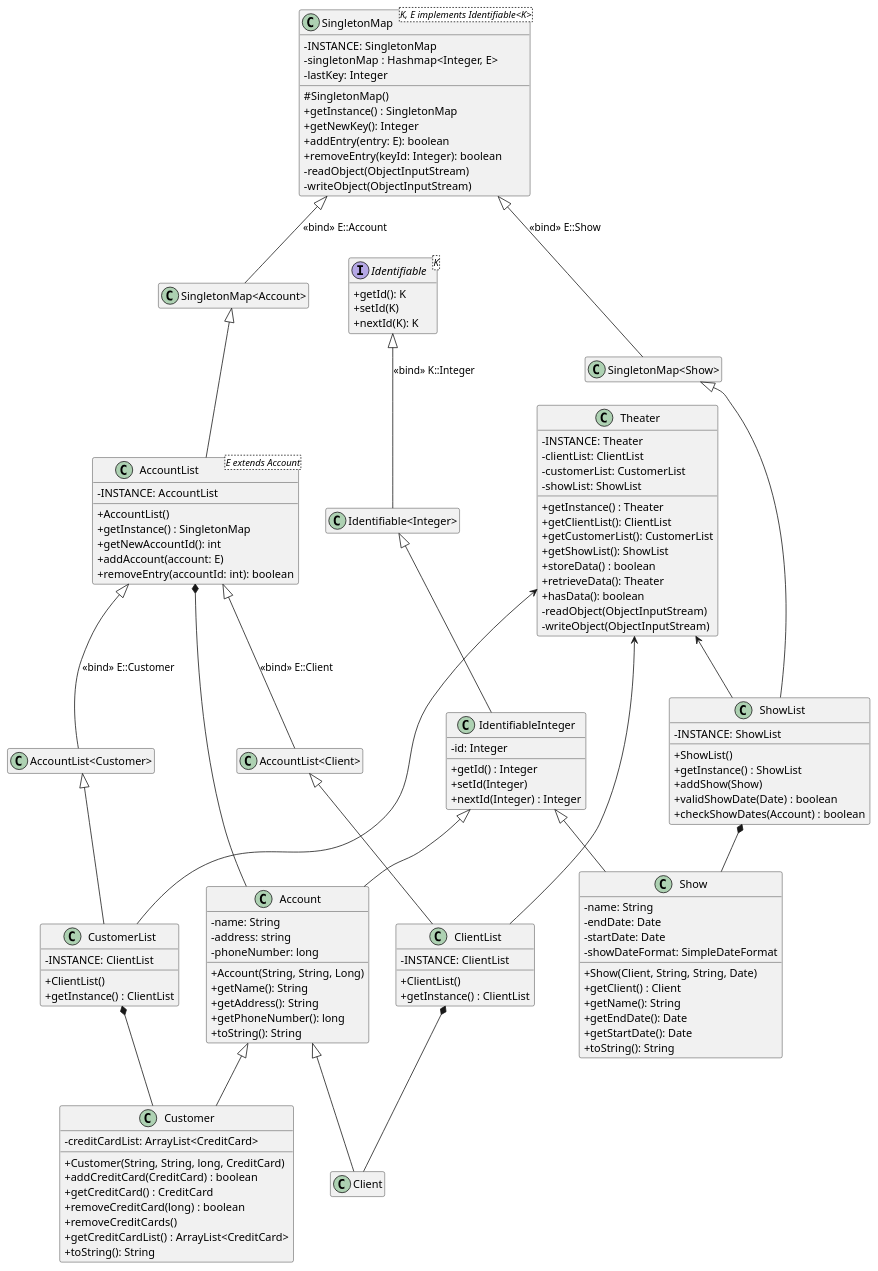
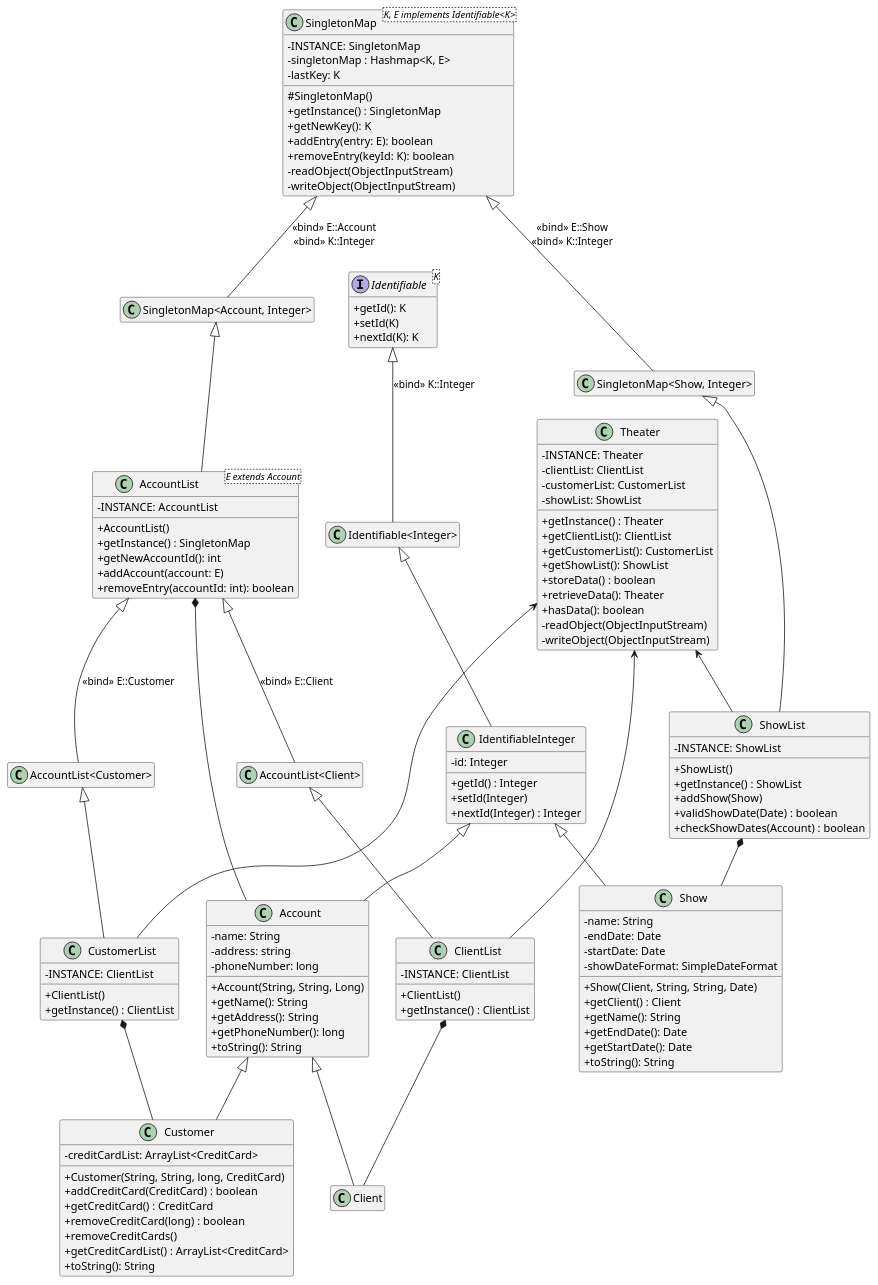
One commit to FreezeWarp/372Groupwork changed the diagram in src/UML.pu. Above: the diagram before and after it, drawn with PlantUML. The commit also changed 1 other file, not shown here.

Commit message:
UML Diagram with Correct(?) Type Narrowing

```diff
--- a/src/UML.pu
+++ b/src/UML.pu
@@ -1,139 +1,139 @@
 @startuml
 skinparam classAttributeIconSize 0
 hide empty members
 
 class SingletonMap<K, E implements Identifiable<K>> {
     -INSTANCE: SingletonMap
-    -singletonMap : Hashmap<Integer, E>
-    -lastKey: Integer
+    -singletonMap : Hashmap<K, E>
+    -lastKey: K
     #SingletonMap()
     +getInstance() : SingletonMap
-    +getNewKey(): Integer
+    +getNewKey(): K
     +addEntry(entry: E): boolean
-    +removeEntry(keyId: Integer): boolean
+    +removeEntry(keyId: K): boolean
     -readObject(ObjectInputStream)
     -writeObject(ObjectInputStream)
 }
 
 class AccountList<E extends Account> {
     -INSTANCE: AccountList
     +AccountList()
     +getInstance() : SingletonMap
     +getNewAccountId(): int
     +addAccount(account: E)
     +removeEntry(accountId: int): boolean
 }
 
 class ClientList {
     -INSTANCE: ClientList
     +ClientList()
     +getInstance() : ClientList
 }
 
 class CustomerList {
     -INSTANCE: ClientList
     +ClientList()
     +getInstance() : ClientList
 }
 
 class ShowList {
     -INSTANCE: ShowList
     +ShowList()
     +getInstance() : ShowList
     +addShow(Show)
     +validShowDate(Date) : boolean
     +checkShowDates(Account) : boolean
 
 }
 
 interface Identifiable<K> {
     +getId(): K
     +setId(K)
     +nextId(K): K
 }
 
 class IdentifiableInteger {
     -id: Integer
     +getId() : Integer
     +setId(Integer)
     +nextId(Integer) : Integer
      
 }
 
 class Account {
     -name: String
     -address: string
     -phoneNumber: long
     +Account(String, String, Long)
     +getName(): String
     +getAddress(): String
     +getPhoneNumber(): long
     +toString(): String
 }
 
 class Customer {
     -creditCardList: ArrayList<CreditCard>
     +Customer(String, String, long, CreditCard)
     +addCreditCard(CreditCard) : boolean
     +getCreditCard() : CreditCard
     +removeCreditCard(long) : boolean
     +removeCreditCards()
     +getCreditCardList() : ArrayList<CreditCard>
     +toString(): String
 }
 
 class Show {
     -name: String
     -endDate: Date
     -startDate: Date
     -showDateFormat: SimpleDateFormat
     +Show(Client, String, String, Date)
     +getClient() : Client
     +getName(): String
     +getEndDate(): Date
     +getStartDate(): Date
     +toString(): String
 }
 
 class Theater {
     -INSTANCE: Theater
     -clientList: ClientList
     -customerList: CustomerList
     -showList: ShowList
     +getInstance() : Theater
     +getClientList(): ClientList
     +getCustomerList(): CustomerList
     +getShowList(): ShowList
     +storeData() : boolean
     +retrieveData(): Theater
     +hasData(): boolean
     -readObject(ObjectInputStream)
     -writeObject(ObjectInputStream)
 }
 
 Theater <-- "ClientList"
 Theater <-- "CustomerList"
 Theater <-- "ShowList"
 
 "Identifiable" <|-- "Identifiable<Integer>" : "«bind» K::Integer"
 "Identifiable<Integer>" <|-- "IdentifiableInteger"
-SingletonMap <|-- "SingletonMap<Account>" : "«bind» E::Account"
-SingletonMap <|-- "SingletonMap<Show>" : "«bind» E::Show"
-"SingletonMap<Account>" <|-- AccountList
-"SingletonMap<Show>" <|-- ShowList
+SingletonMap <|-- "SingletonMap<Account, Integer>" : "«bind» E::Account\n«bind» K::Integer"
+SingletonMap <|-- "SingletonMap<Show, Integer>" : "«bind» E::Show\n«bind» K::Integer"
+"SingletonMap<Account, Integer>" <|-- AccountList
+"SingletonMap<Show, Integer>" <|-- ShowList
 AccountList <|-- "AccountList<Client>" : "«bind» E::Client"
 AccountList <|-- "AccountList<Customer>" : "«bind» E::Customer"
 "AccountList<Client>" <|-- ClientList
 "AccountList<Customer>" <|-- CustomerList
 
 IdentifiableInteger <|-- Account
 IdentifiableInteger <|-- Show
 
 Account <|-- Client
 Account <|-- Customer
 
 AccountList *-- Account
 ClientList *-- Client
 CustomerList *-- Customer
 ShowList *-- Show
 @enduml
```
